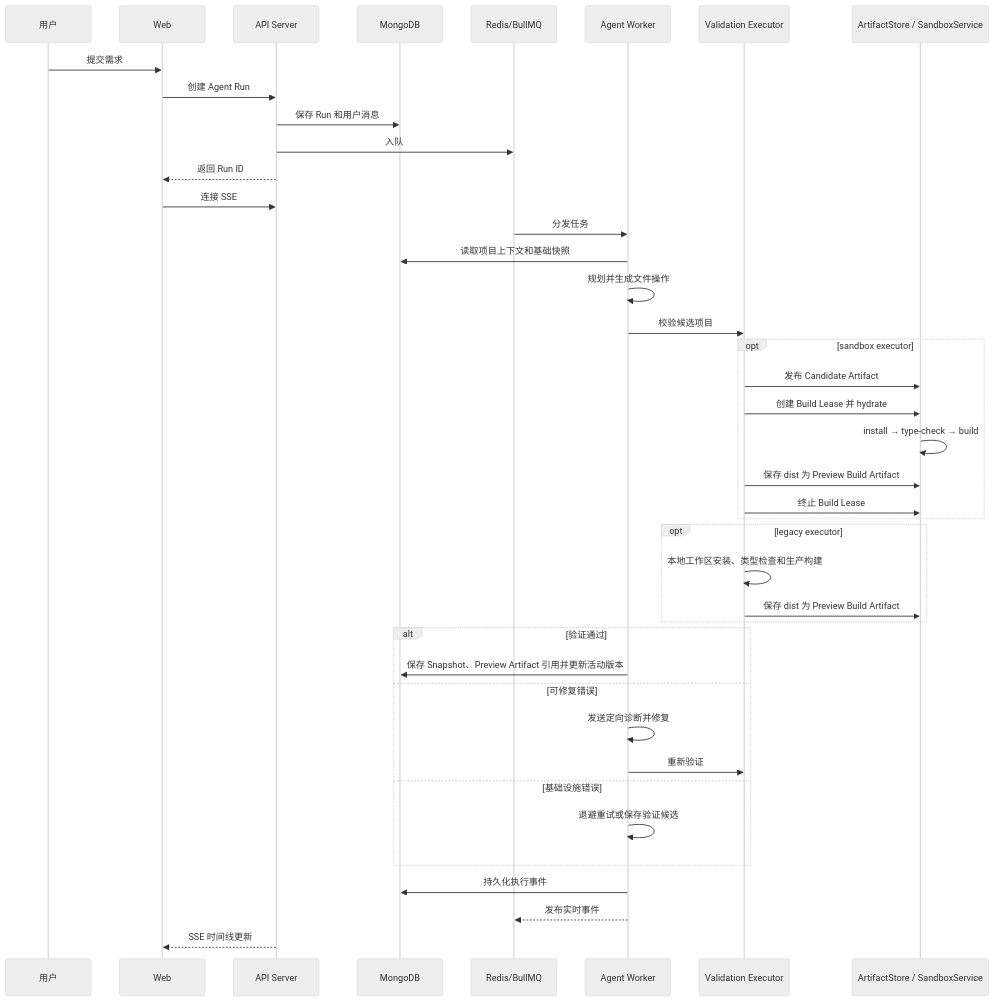
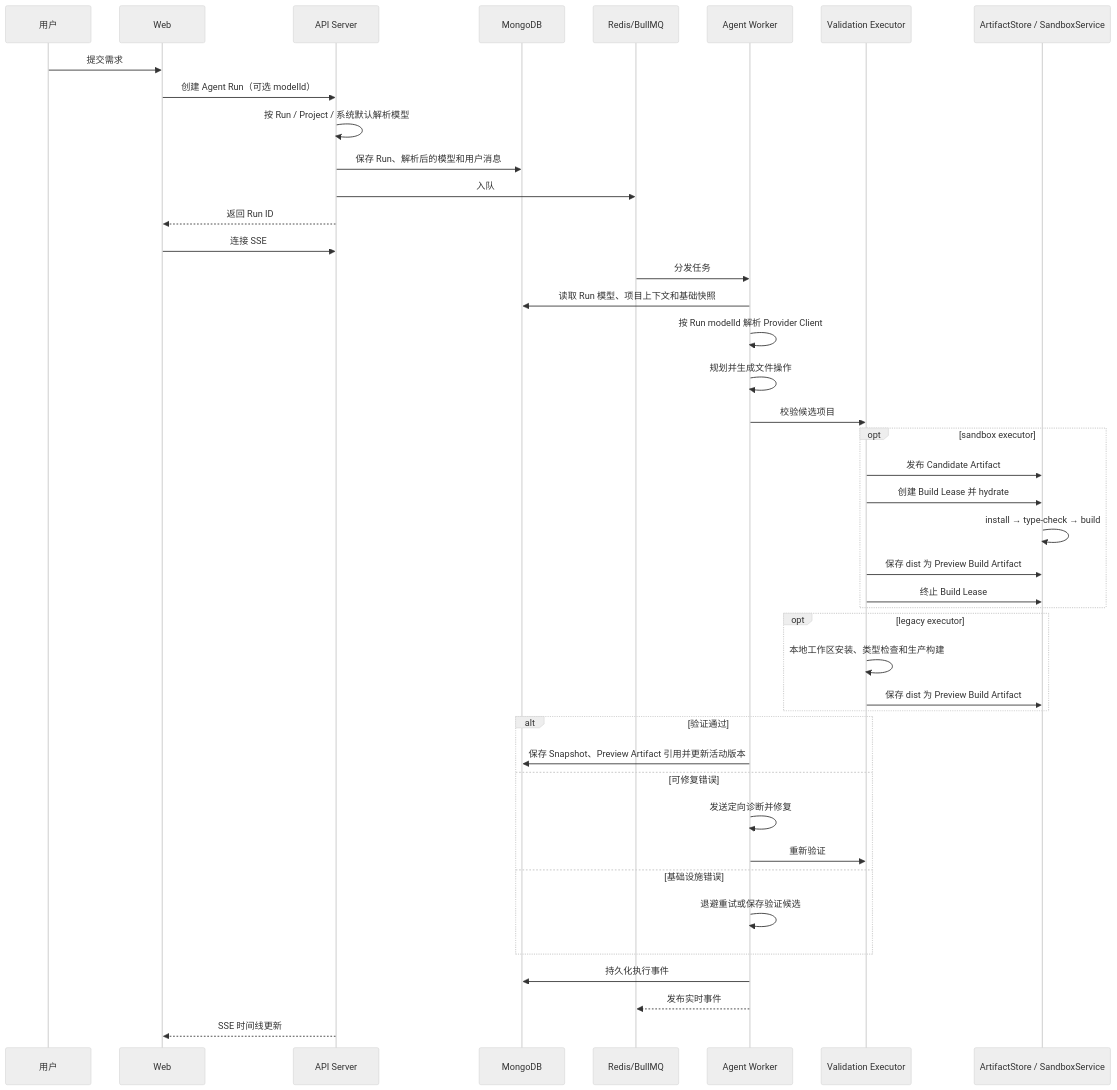
One commit to leedj8886/ai-app-builder-foundation changed the diagram in docs/architecture.md. Above: the diagram before and after it, drawn with Mermaid (neutral theme). The commit also changed other lines of this file and 33 other files, not shown here.

````diff
--- a/docs/architecture.md
+++ b/docs/architecture.md
@@ -37,44 +37,46 @@
 ```mermaid
 sequenceDiagram
     participant U as 用户
     participant W as Web
     participant A as API Server
     participant M as MongoDB
     participant Q as Redis/BullMQ
     participant R as Agent Worker
     participant V as Validation Executor
     participant S as ArtifactStore / SandboxService
 
     U->>W: 提交需求
-    W->>A: 创建 Agent Run
-    A->>M: 保存 Run 和用户消息
+    W->>A: 创建 Agent Run（可选 modelId）
+    A->>A: 按 Run / Project / 系统默认解析模型
+    A->>M: 保存 Run、解析后的模型和用户消息
     A->>Q: 入队
     A-->>W: 返回 Run ID
     W->>A: 连接 SSE
     Q->>R: 分发任务
-    R->>M: 读取项目上下文和基础快照
+    R->>M: 读取 Run 模型、项目上下文和基础快照
+    R->>R: 按 Run modelId 解析 Provider Client
     R->>R: 规划并生成文件操作
     R->>V: 校验候选项目
     opt sandbox executor
         V->>S: 发布 Candidate Artifact
         V->>S: 创建 Build Lease 并 hydrate
         S->>S: install → type-check → build
         V->>S: 保存 dist 为 Preview Build Artifact
         V->>S: 终止 Build Lease
     end
     opt legacy executor
         V->>V: 本地工作区安装、类型检查和生产构建
         V->>S: 保存 dist 为 Preview Build Artifact
     end
     alt 验证通过
         R->>M: 保存 Snapshot、Preview Artifact 引用并更新活动版本
     else 可修复错误
         R->>R: 发送定向诊断并修复
         R->>V: 重新验证
     else 基础设施错误
         R->>R: 退避重试或保存验证候选
     end
     R->>M: 持久化执行事件
     R-->>Q: 发布实时事件
     A-->>W: SSE 时间线更新
 ```
````
